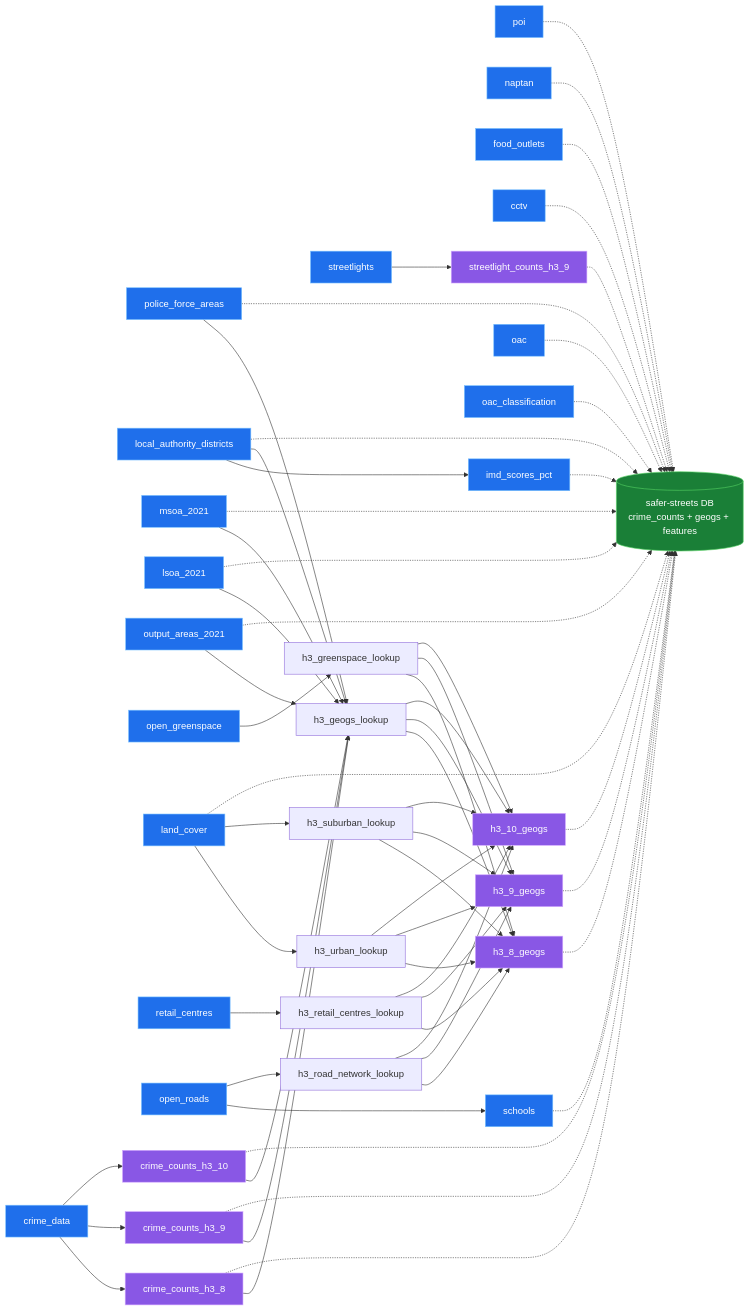
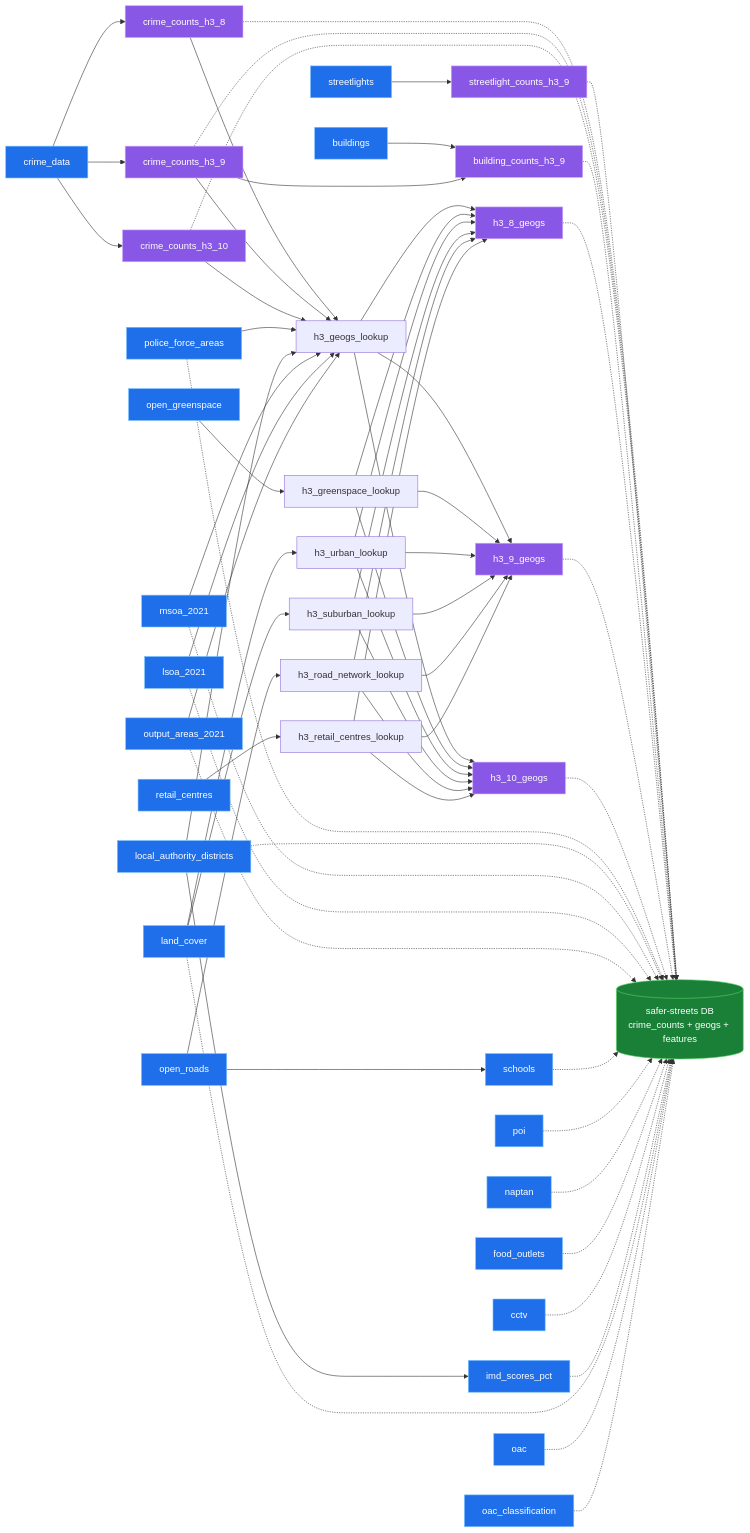
One commit to safer-streets/safer-streets-tooling changed the diagram in README.md. Above: the diagram before and after it, drawn with Mermaid. The commit also changed other lines of this file and 7 other files, not shown here.

First line of the commit message:
Add buildings (Verisk UKBuildings) extract + building_counts_h3_9 transform (#9)

````diff
--- a/README.md
+++ b/README.md
@@ -53,6 +53,7 @@
    output_areas_2021
    open_greenspace
    land_cover
+   buildings
    retail_centres
    open_roads
    poi
@@ -69,6 +70,7 @@
    crime_counts_h3_9
    crime_counts_h3_10
    streetlight_counts_h3_9
+   building_counts_h3_9
    h3_geogs_lookup
    h3_greenspace_lookup
    h3_urban_lookup
@@ -91,6 +93,8 @@
     crime_data --> crime_counts_h3_9
     crime_data --> crime_counts_h3_10
     streetlights --> streetlight_counts_h3_9
+    buildings --> building_counts_h3_9
+    crime_counts_h3_9 --> building_counts_h3_9
     crime_counts_h3_8 --> h3_geogs_lookup
     crime_counts_h3_9 --> h3_geogs_lookup
     crime_counts_h3_10 --> h3_geogs_lookup
@@ -128,6 +132,7 @@
     crime_counts_h3_9 -.-> database
     crime_counts_h3_10 -.-> database
     streetlight_counts_h3_9 -.-> database
+    building_counts_h3_9 -.-> database
     h3_8_geogs -.-> database
     h3_9_geogs -.-> database
     h3_10_geogs -.-> database
@@ -150,7 +155,7 @@
     classDef extract fill:#1f6feb,stroke:#79c0ff,stroke-width:1px,color:#ffffff;
     classDef transform fill:#8957e5,stroke:#d2a8ff,stroke-width:1px,color:#ffffff;
     classDef load fill:#1a7f37,stroke:#56d364,stroke-width:1px,color:#ffffff;
-    class crime_data,police_force_areas,local_authority_districts,msoa_2021,lsoa_2021,output_areas_2021,open_greenspace,land_cover,retail_centres,open_roads,poi,naptan,food_outlets,streetlights,cctv,schools,imd_scores_pct,oac,oac_classification extract;
-    class crime_counts_h3_8,crime_counts_h3_9,crime_counts_h3_10,streetlight_counts_h3_9,h3_8_geogs,h3_9_geogs,h3_10_geogs transform;
+    class crime_data,police_force_areas,local_authority_districts,msoa_2021,lsoa_2021,output_areas_2021,open_greenspace,land_cover,buildings,retail_centres,open_roads,poi,naptan,food_outlets,streetlights,cctv,schools,imd_scores_pct,oac,oac_classification extract;
+    class crime_counts_h3_8,crime_counts_h3_9,crime_counts_h3_10,streetlight_counts_h3_9,building_counts_h3_9,h3_8_geogs,h3_9_geogs,h3_10_geogs transform;
     class database load;
 ```
````
